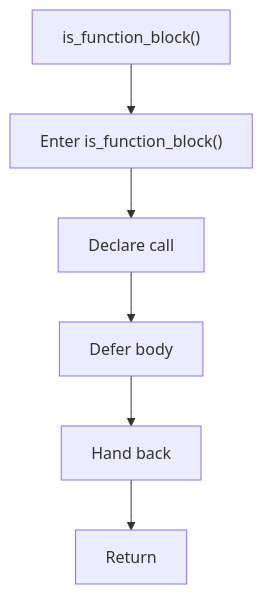
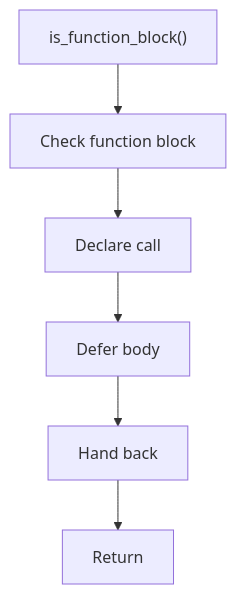
One commit to JohnAndrewBalbarosa/NeoTerritory changed the diagram in docs/Codebase/Microservice/Modules/Header/SyntacticBrokenAST/Analysis/ImplementationUse/Resolution/Symbols/Internal/Flow/functions/is_function_block.hpp.md. Above: the diagram before and after it, drawn with Mermaid. The commit also changed other lines of this file and 925 other files, not shown here.

````diff
--- a/docs/Codebase/Microservice/Modules/Header/SyntacticBrokenAST/Analysis/ImplementationUse/Resolution/Symbols/Internal/Flow/functions/is_function_block.hpp.md
+++ b/docs/Codebase/Microservice/Modules/Header/SyntacticBrokenAST/Analysis/ImplementationUse/Resolution/Symbols/Internal/Flow/functions/is_function_block.hpp.md
@@ -16,14 +16,14 @@
 ```mermaid
 flowchart TD
     Start["is_function_block()"]
-    N0["Enter is_function_block()"]
+    N0["Check function block"]
     N1["Declare call"]
     N2["Defer body"]
     N3["Hand back"]
     End["Return"]
     Start --> N0
     N0 --> N1
     N1 --> N2
     N2 --> N3
     N3 --> End
 ```
````
